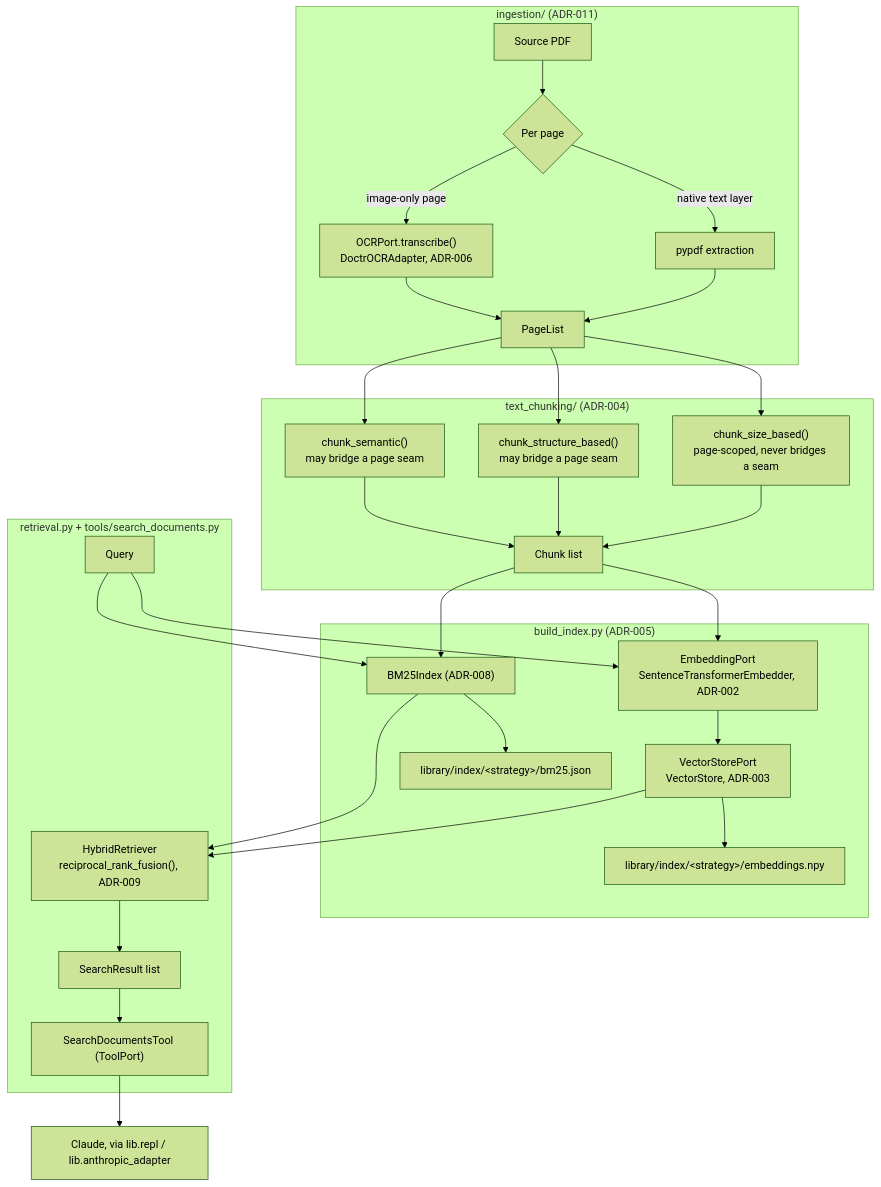
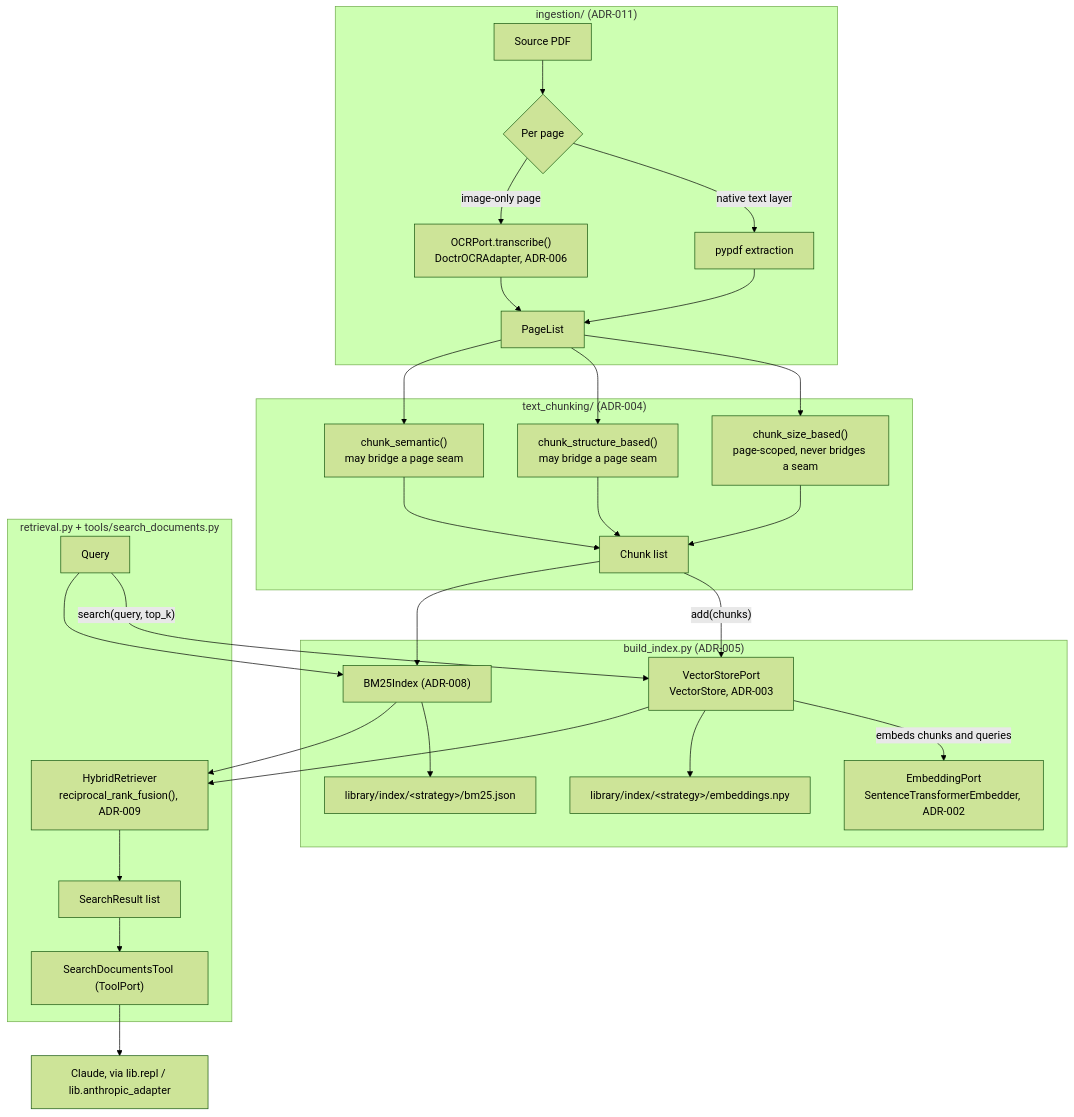
Before and after one commit to nicooga/claude-architect-course: the first of 2 diagrams in src/rag/docs/architecture.md, drawn with Mermaid (forest theme). The commit also changed other lines of this file and 6 other files, not shown here.

Commit message:
Refactor/redesign VectorStore to simplify its API and increase encapsulation

````diff
--- a/src/rag/docs/architecture.md
+++ b/src/rag/docs/architecture.md
@@ -11,38 +11,38 @@
 ```mermaid
 flowchart TD
     subgraph ING["ingestion/ (ADR-011)"]
         A[Source PDF] --> B{Per page}
         B -->|native text layer| C[pypdf extraction]
         B -->|image-only page| D["OCRPort.transcribe()<br/>DoctrOCRAdapter, ADR-006"]
         C --> E[PageList]
         D --> E
     end
 
     subgraph CHK["text_chunking/ (ADR-004)"]
         E --> F["chunk_size_based()<br/>page-scoped, never bridges a seam"]
         E --> G["chunk_structure_based()<br/>may bridge a page seam"]
         E --> H["chunk_semantic()<br/>may bridge a page seam"]
         F --> I[Chunk list]
         G --> I
         H --> I
     end
 
     subgraph IDX["build_index.py (ADR-005)"]
-        I --> J["EmbeddingPort<br/>SentenceTransformerEmbedder, ADR-002"]
+        I -->|"add(chunks)"| L["VectorStorePort<br/>VectorStore, ADR-003"]
         I --> K["BM25Index (ADR-008)"]
-        J --> L["VectorStorePort<br/>VectorStore, ADR-003"]
+        L -->|"embeds chunks and queries"| J["EmbeddingPort<br/>SentenceTransformerEmbedder, ADR-002"]
         L --> M["library/index/&lt;strategy&gt;/embeddings.npy"]
         K --> N["library/index/&lt;strategy&gt;/bm25.json"]
     end
 
     subgraph RET["retrieval.py + tools/search_documents.py"]
-        O[Query] --> J
+        O[Query] -->|"search(query, top_k)"| L
         O --> K
         L --> P["HybridRetriever<br/>reciprocal_rank_fusion(), ADR-009"]
         K --> P
         P --> Q[SearchResult list]
         Q --> R["SearchDocumentsTool (ToolPort)"]
     end
 
     R --> S["Claude, via lib.repl / lib.anthropic_adapter"]
 ```
````
